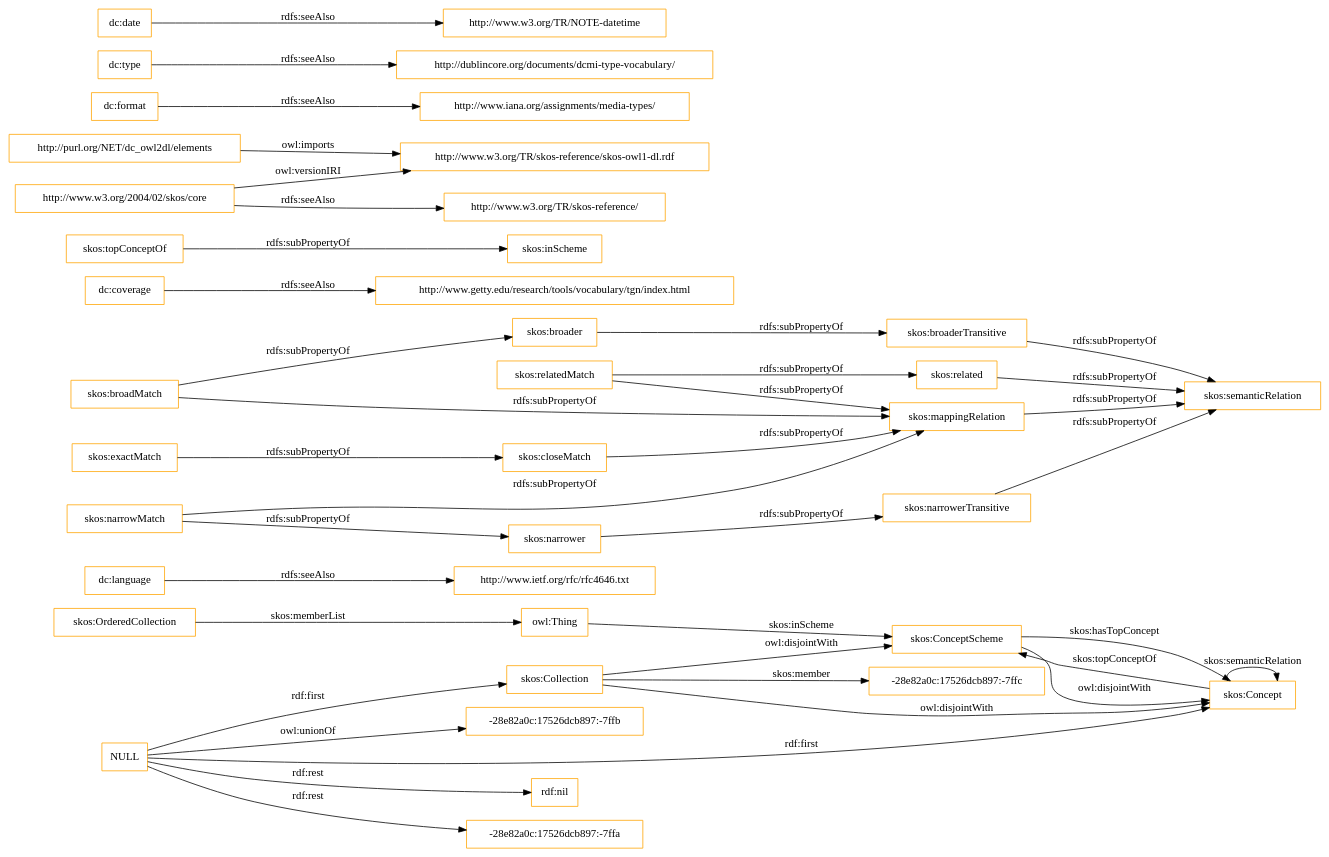
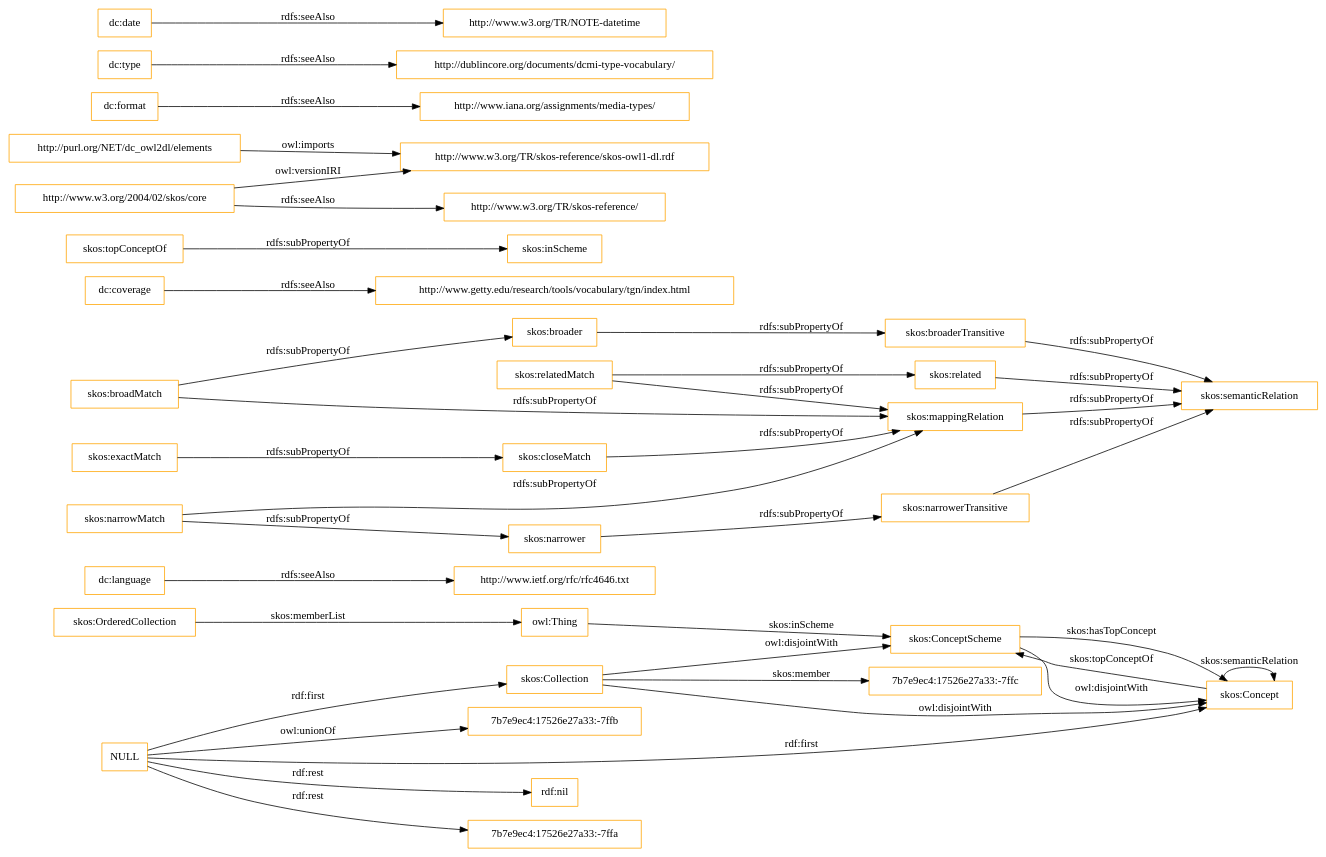
The diagram in OnToology/imports/elements.owl/diagrams/ar2dtool-class/elements.owl.png.dot (OnToologyUser/core-ontology-1), drawn with Graphviz before and after one commit. The commit also changed 14 other files, not shown here.

```diff
--- a/OnToology/imports/elements.owl/diagrams/ar2dtool-class/elements.owl.png.dot
+++ b/OnToology/imports/elements.owl/diagrams/ar2dtool-class/elements.owl.png.dot
@@ -1,43 +1,43 @@
 digraph ar2dtool_diagram { 
 rankdir=LR;
 size="1501"
-node [shape = rectangle, color="orange"]; "-28e82a0c:17526dcb897:-7ffc" "skos:OrderedCollection" "skos:Collection" "skos:ConceptScheme" "skos:Concept" ; /*classes style*/
+node [shape = rectangle, color="orange"]; "7b7e9ec4:17526e27a33:-7ffc" "skos:OrderedCollection" "skos:Collection" "skos:ConceptScheme" "skos:Concept" ; /*classes style*/
 	"dc:language" -> "http://www.ietf.org/rfc/rfc4646.txt" [ label = "rdfs:seeAlso" ];
 	"NULL" -> "rdf:nil" [ label = "rdf:rest" ];
 	"NULL" -> "skos:Collection" [ label = "rdf:first" ];
-	"NULL" -> "-28e82a0c:17526dcb897:-7ffa" [ label = "rdf:rest" ];
+	"NULL" -> "7b7e9ec4:17526e27a33:-7ffa" [ label = "rdf:rest" ];
 	"NULL" -> "skos:Concept" [ label = "rdf:first" ];
-	"NULL" -> "-28e82a0c:17526dcb897:-7ffb" [ label = "owl:unionOf" ];
+	"NULL" -> "7b7e9ec4:17526e27a33:-7ffb" [ label = "owl:unionOf" ];
 	"skos:closeMatch" -> "skos:mappingRelation" [ label = "rdfs:subPropertyOf" ];
 	"dc:coverage" -> "http://www.getty.edu/research/tools/vocabulary/tgn/index.html" [ label = "rdfs:seeAlso" ];
 	"skos:relatedMatch" -> "skos:related" [ label = "rdfs:subPropertyOf" ];
 	"skos:relatedMatch" -> "skos:mappingRelation" [ label = "rdfs:subPropertyOf" ];
 	"skos:ConceptScheme" -> "skos:Concept" [ label = "owl:disjointWith" ];
 	"skos:related" -> "skos:semanticRelation" [ label = "rdfs:subPropertyOf" ];
 	"skos:topConceptOf" -> "skos:inScheme" [ label = "rdfs:subPropertyOf" ];
 	"skos:broadMatch" -> "skos:broader" [ label = "rdfs:subPropertyOf" ];
 	"skos:broadMatch" -> "skos:mappingRelation" [ label = "rdfs:subPropertyOf" ];
 	"http://purl.org/NET/dc_owl2dl/elements" -> "http://www.w3.org/TR/skos-reference/skos-owl1-dl.rdf" [ label = "owl:imports" ];
 	"skos:exactMatch" -> "skos:closeMatch" [ label = "rdfs:subPropertyOf" ];
 	"dc:format" -> "http://www.iana.org/assignments/media-types/" [ label = "rdfs:seeAlso" ];
 	"skos:broaderTransitive" -> "skos:semanticRelation" [ label = "rdfs:subPropertyOf" ];
 	"dc:type" -> "http://dublincore.org/documents/dcmi-type-vocabulary/" [ label = "rdfs:seeAlso" ];
 	"skos:broader" -> "skos:broaderTransitive" [ label = "rdfs:subPropertyOf" ];
 	"skos:mappingRelation" -> "skos:semanticRelation" [ label = "rdfs:subPropertyOf" ];
 	"http://www.w3.org/2004/02/skos/core" -> "http://www.w3.org/TR/skos-reference/skos-owl1-dl.rdf" [ label = "owl:versionIRI" ];
 	"http://www.w3.org/2004/02/skos/core" -> "http://www.w3.org/TR/skos-reference/" [ label = "rdfs:seeAlso" ];
 	"skos:Collection" -> "skos:ConceptScheme" [ label = "owl:disjointWith" ];
 	"skos:Collection" -> "skos:Concept" [ label = "owl:disjointWith" ];
 	"skos:narrowMatch" -> "skos:narrower" [ label = "rdfs:subPropertyOf" ];
 	"skos:narrowMatch" -> "skos:mappingRelation" [ label = "rdfs:subPropertyOf" ];
 	"skos:narrower" -> "skos:narrowerTransitive" [ label = "rdfs:subPropertyOf" ];
 	"dc:date" -> "http://www.w3.org/TR/NOTE-datetime" [ label = "rdfs:seeAlso" ];
 	"skos:narrowerTransitive" -> "skos:semanticRelation" [ label = "rdfs:subPropertyOf" ];
 	"skos:OrderedCollection" -> "owl:Thing" [ label = "skos:memberList" ];
 	"skos:Concept" -> "skos:ConceptScheme" [ label = "skos:topConceptOf" ];
 	"skos:Concept" -> "skos:Concept" [ label = "skos:semanticRelation" ];
-	"skos:Collection" -> "-28e82a0c:17526dcb897:-7ffc" [ label = "skos:member" ];
+	"skos:Collection" -> "7b7e9ec4:17526e27a33:-7ffc" [ label = "skos:member" ];
 	"skos:ConceptScheme" -> "skos:Concept" [ label = "skos:hasTopConcept" ];
 	"owl:Thing" -> "skos:ConceptScheme" [ label = "skos:inScheme" ];
 
 }
```
